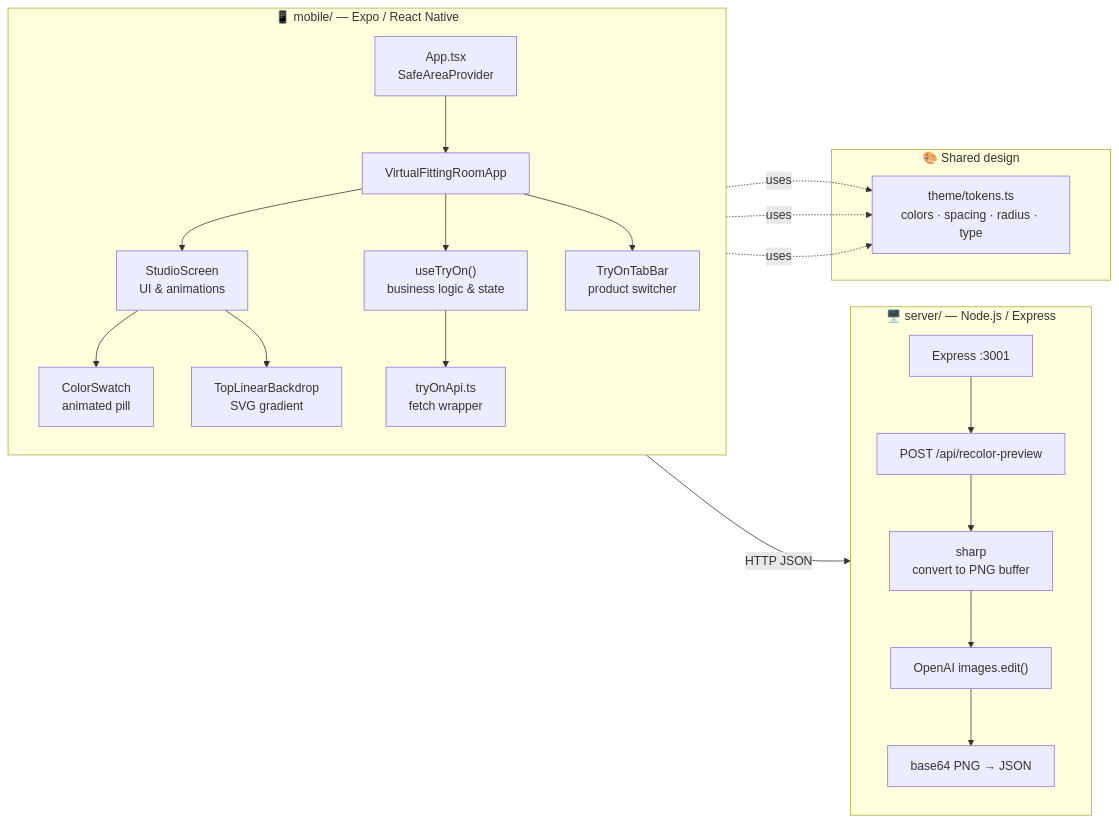
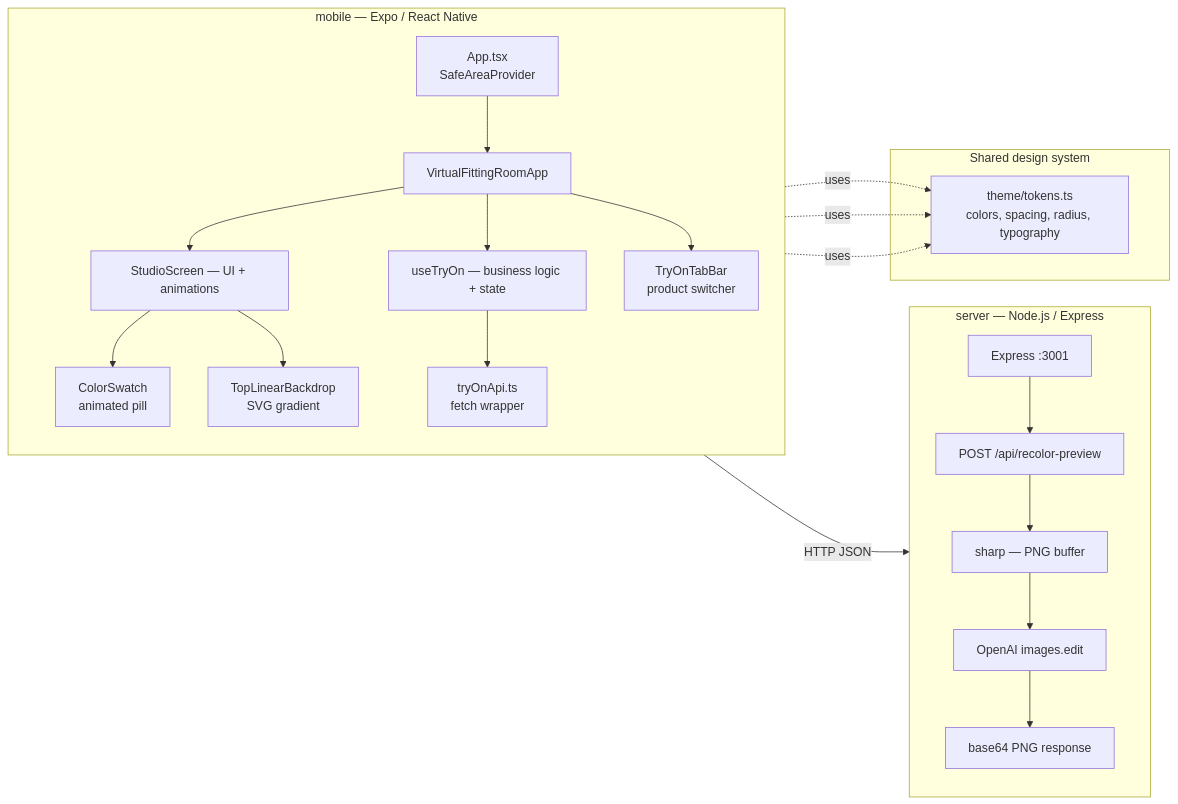
The second of 3 diagrams in README.md (lucianolimafer/fitting-app), drawn with Mermaid before and after one commit. The commit also changed other lines of this file and 1 other file, not shown here.

````diff
--- a/README.md
+++ b/README.md
@@ -46,32 +46,32 @@
 ```mermaid
 graph LR
-    subgraph mobile["📱 mobile/ — Expo / React Native"]
+    subgraph mobile["mobile — Expo / React Native"]
         direction TB
         App["App.tsx\nSafeAreaProvider"]
         App --> Root["VirtualFittingRoomApp"]
-        Root --> Hook["useTryOn()\nbusiness logic & state"]
-        Root --> Studio["StudioScreen\nUI & animations"]
+        Root --> Hook["useTryOn — business logic + state"]
+        Root --> Studio["StudioScreen — UI + animations"]
         Root --> TabBar["TryOnTabBar\nproduct switcher"]
         Studio --> Swatch["ColorSwatch\nanimated pill"]
         Studio --> Backdrop["TopLinearBackdrop\nSVG gradient"]
         Hook --> Service["tryOnApi.ts\nfetch wrapper"]
     end
 
-    subgraph server["🖥️ server/ — Node.js / Express"]
+    subgraph server["server — Node.js / Express"]
         direction TB
         Express["Express :3001"]
         Express --> Route["POST /api/recolor-preview"]
-        Route --> Sharp["sharp\nconvert to PNG buffer"]
-        Sharp --> OpenAI["OpenAI images.edit()"]
-        OpenAI --> Response["base64 PNG → JSON"]
+        Route --> Sharp["sharp — PNG buffer"]
+        Sharp --> OpenAI["OpenAI images.edit"]
+        OpenAI --> Response["base64 PNG response"]
     end
 
-    subgraph theme["🎨 Shared design"]
-        Tokens["theme/tokens.ts\ncolors · spacing · radius · type"]
+    subgraph theme["Shared design system"]
+        Tokens["theme/tokens.ts\ncolors, spacing, radius, typography"]
     end
 
     Service -- "HTTP JSON" --> Express
     Studio -. "uses" .-> Tokens
     TabBar -. "uses" .-> Tokens
     Swatch -. "uses" .-> Tokens
 ```
````
